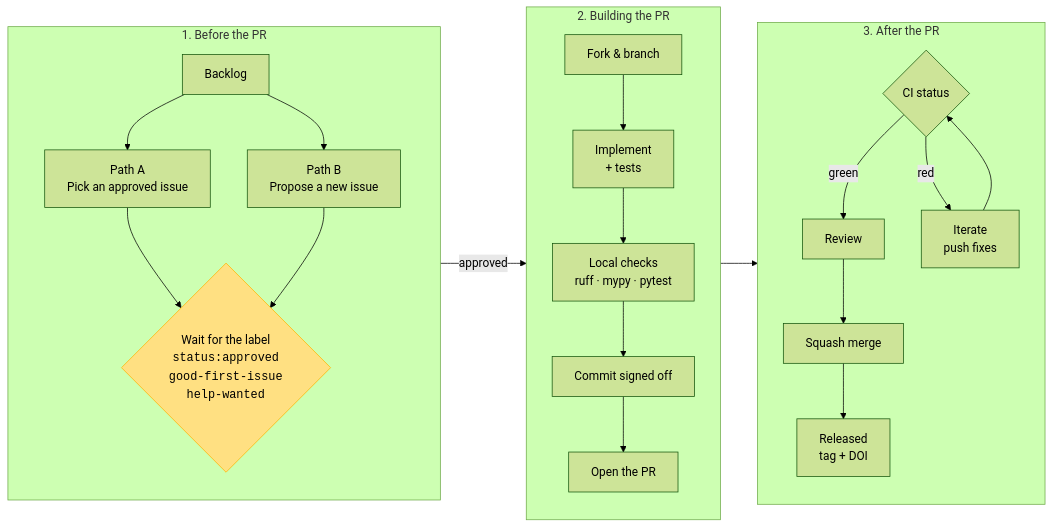
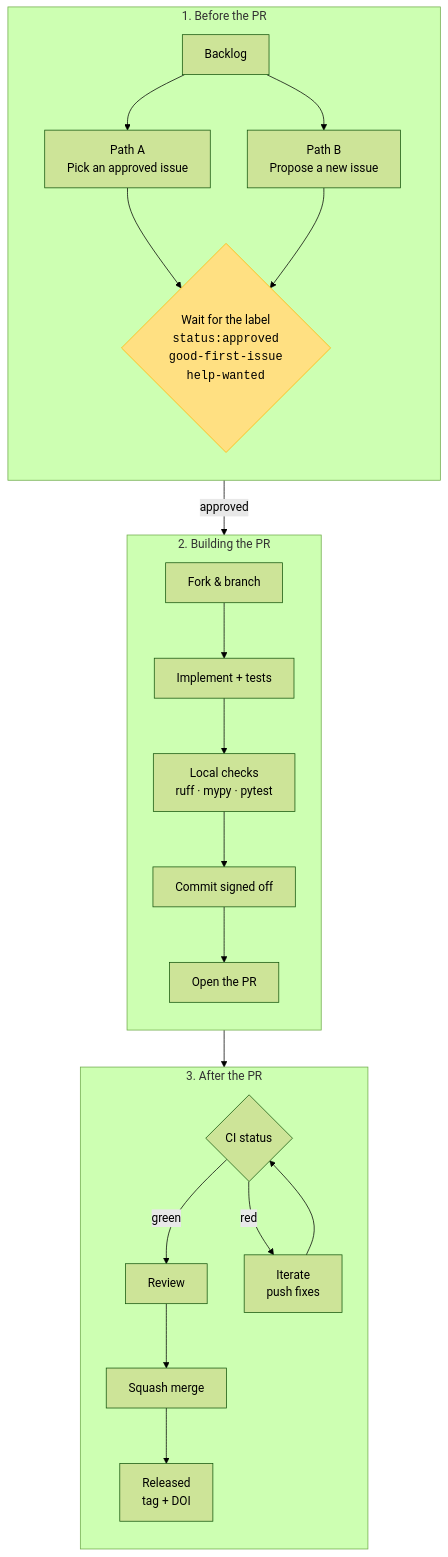
One commit to BioPAL/BPS changed the first of 4 diagrams in docs/contributing/process.md. Above: the diagram before and after it, drawn with Mermaid (forest theme).

Commit message:
docs(contributing): switch journey diagram to vertical layout
flowchart LR becomes flowchart TD so the three phases (Before the PR,
Building the PR, After the PR) stack top to bottom. The approval gate
sits between phase 1 and phase 2, the CI status diamond between phase 2
and phase 3. Reads better on narrow screens.

````diff
--- a/docs/contributing/process.md
+++ b/docs/contributing/process.md
@@ -13,41 +13,44 @@
 ```{mermaid}
-flowchart LR
+flowchart TD
     subgraph Before["1. Before the PR"]
         direction TB
         Backlog["Backlog"]
         PathA["Path A<br/>Pick an approved issue"]
         PathB["Path B<br/>Propose a new issue"]
         Gate{"Wait for the label<br/><code>status:approved</code><br/><code>good-first-issue</code><br/><code>help-wanted</code>"}
         Backlog --> PathA
         Backlog --> PathB
         PathA --> Gate
         PathB --> Gate
     end
 
     subgraph Building["2. Building the PR"]
         direction TB
         Fork["Fork &amp; branch"]
-        Implement["Implement<br/>+ tests"]
+        Implement["Implement + tests"]
         Local["Local checks<br/>ruff · mypy · pytest"]
         Commit["Commit signed off"]
         OpenPR["Open the PR"]
         Fork --> Implement --> Local --> Commit --> OpenPR
     end
 
     subgraph After["3. After the PR"]
         direction TB
         CI{"CI status"}
         Review["Review"]
         Merge["Squash merge"]
         Released["Released<br/>tag + DOI"]
         Iterate["Iterate<br/>push fixes"]
-        CI -->|green| Review --> Merge --> Released
-        CI -->|red| Iterate --> CI
+        CI -->|green| Review
+        Review --> Merge
+        Merge --> Released
+        CI -->|red| Iterate
+        Iterate --> CI
     end
 
     Gate -->|approved| Fork
     OpenPR --> CI
 
     classDef gate fill:#FFE082,stroke:#FFB300,color:#000
     class Gate gate
 ```
````
